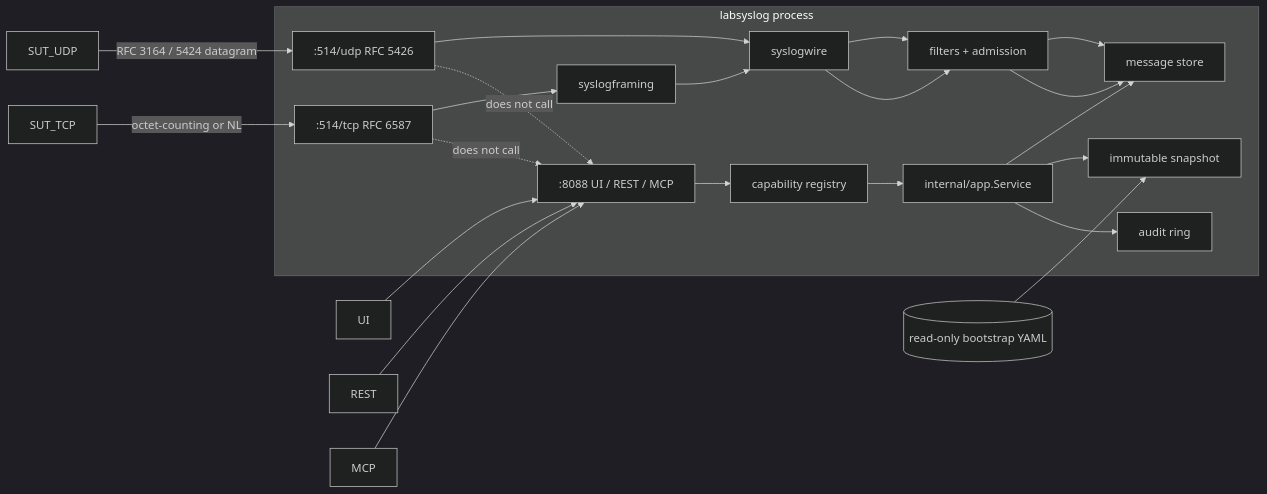
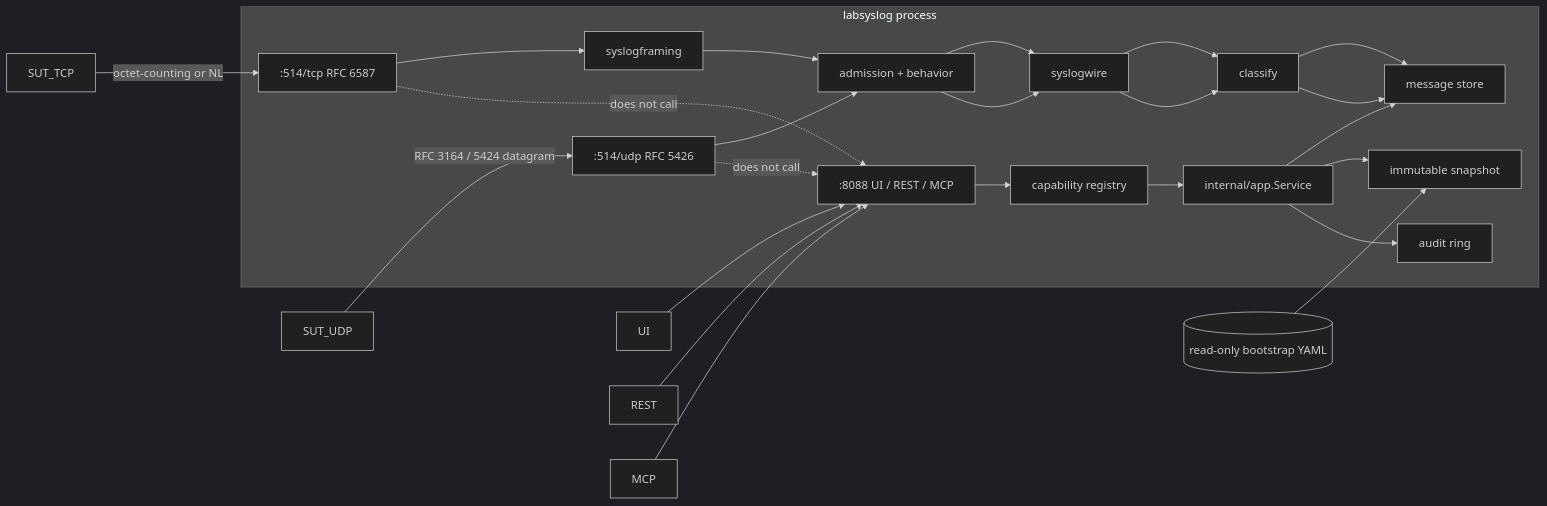
Before and after one commit to hilather/go-lab-syslog: the diagram in docs/01-architecture.md, drawn with Mermaid (dark theme). The commit also changed 8 other files, not shown here.

Commit message:
fix: address review feedback for UDP-001 UDP sink (RFC 5426)

````diff
--- a/docs/01-architecture.md
+++ b/docs/01-architecture.md
@@ -11,28 +11,29 @@
 ```mermaid
 flowchart LR
   subgraph labsyslog [labsyslog process]
     UDP[":514/udp RFC 5426"]
     TCP[":514/tcp RFC 6587"]
     HTTP[":8088 UI / REST / MCP"]
     WIRE[syslogwire]
     FRAME[syslogframing]
-    FIL[filters + admission]
+    ADMIT[admission + behavior]
+    CLASS[classify]
     STORE[message store]
     REG[capability registry]
     APP[internal/app.Service]
     SNAP[immutable snapshot]
     AUDIT[audit ring]
   end
   YAML[(read-only bootstrap YAML)] --> SNAP
-  SUT_UDP -->|RFC 3164 / 5424 datagram| UDP --> WIRE --> FIL --> STORE
-  SUT_TCP -->|octet-counting or NL| TCP --> FRAME --> WIRE --> FIL --> STORE
+  SUT_UDP -->|RFC 3164 / 5424 datagram| UDP --> ADMIT --> WIRE --> CLASS --> STORE
+  SUT_TCP -->|octet-counting or NL| TCP --> FRAME --> ADMIT --> WIRE --> CLASS --> STORE
   UI --> HTTP
   REST --> HTTP
   MCP --> HTTP
   HTTP --> REG --> APP
   APP --> STORE
   APP --> SNAP
   APP --> AUDIT
   UDP -.->|does not call| HTTP
   TCP -.->|does not call| HTTP
 ```
````
